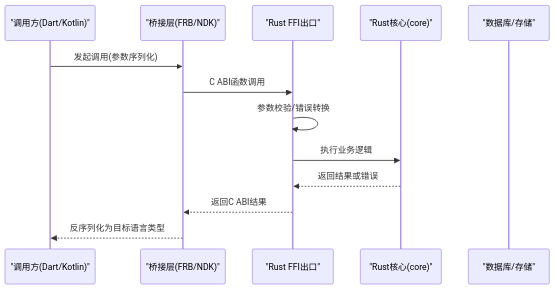
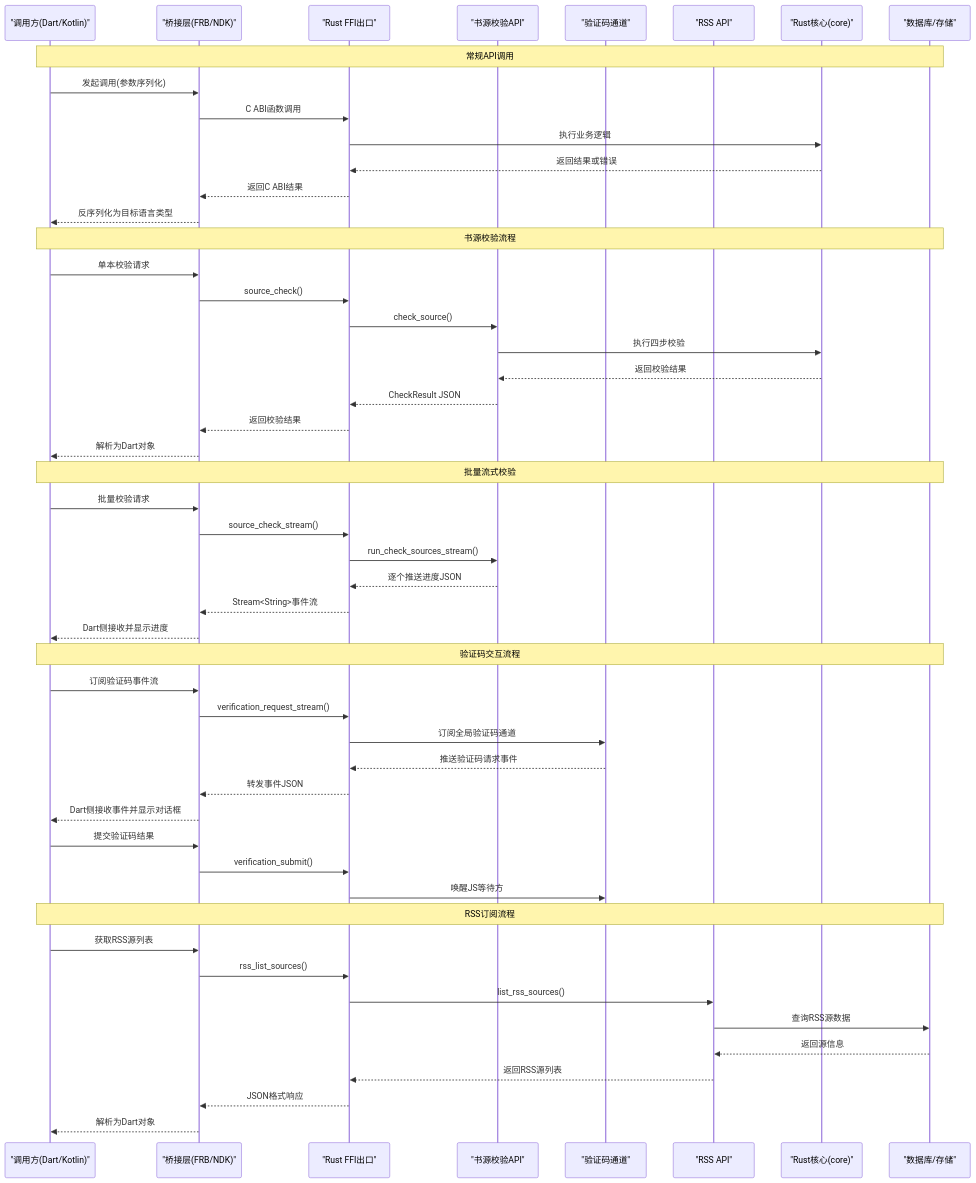
One commit to ZhangGHGitHub/LegadoTeamFlutter changed the second of 3 diagrams in .qoder/repowiki/zh/content/Rust核心库/FFI接口.md. Above: the diagram before and after it, drawn with Mermaid. The commit also changed other lines of this file and 173 other files, not shown here.

````diff
--- a/.qoder/repowiki/zh/content/Rust核心库/FFI接口.md
+++ b/.qoder/repowiki/zh/content/Rust核心库/FFI接口.md
@@ -107,15 +139,53 @@
 ```mermaid
 sequenceDiagram
 participant Caller as "调用方(Dart/Kotlin)"
 participant Bridge as "桥接层(FRB/NDK)"
 participant FFI as "Rust FFI出口"
+participant SourceCheck as "书源校验API"
+participant Verification as "验证码通道"
+participant RSS as "RSS API"
 participant Core as "Rust核心(core)"
 participant DB as "数据库/存储"
+Note over Caller,DB : 常规API调用
 Caller->>Bridge : 发起调用(参数序列化)
 Bridge->>FFI : C ABI函数调用
-FFI->>FFI : 参数校验/错误转换
 FFI->>Core : 执行业务逻辑
 Core-->>FFI : 返回结果或错误
 FFI-->>Bridge : 返回C ABI结果
 Bridge-->>Caller : 反序列化为目标语言类型
+Note over Caller,DB : 书源校验流程
+Caller->>Bridge : 单本校验请求
+Bridge->>FFI : source_check()
+FFI->>SourceCheck : check_source()
+SourceCheck->>Core : 执行四步校验
+Core-->>SourceCheck : 返回校验结果
+SourceCheck-->>FFI : CheckResult JSON
+FFI-->>Bridge : 返回校验结果
+Bridge-->>Caller : 解析为Dart对象
+Note over Caller,DB : 批量流式校验
+Caller->>Bridge : 批量校验请求
+Bridge->>FFI : source_check_stream()
+FFI->>SourceCheck : run_check_sources_stream()
+SourceCheck-->>FFI : 逐个推送进度JSON
+FFI-->>Bridge : Stream<String>事件流
+Bridge-->>Caller : Dart侧接收并显示进度
+Note over Caller,DB : 验证码交互流程
+Caller->>Bridge : 订阅验证码事件流
+Bridge->>FFI : verification_request_stream()
+FFI->>Verification : 订阅全局验证码通道
+Verification-->>FFI : 推送验证码请求事件
+FFI-->>Bridge : 转发事件JSON
+Bridge-->>Caller : Dart侧接收事件并显示对话框
+Caller->>Bridge : 提交验证码结果
+Bridge->>FFI : verification_submit()
+FFI->>Verification : 唤醒JS等待方
+Note over Caller,DB : RSS订阅流程
+Caller->>Bridge : 获取RSS源列表
+Bridge->>FFI : rss_list_sources()
+FFI->>RSS : list_rss_sources()
+RSS->>DB : 查询RSS源数据
+DB-->>RSS : 返回源信息
+RSS-->>FFI : 返回RSS源列表
+FFI-->>Bridge : JSON格式响应
+Bridge-->>Caller : 解析为Dart对象
 ```
````
